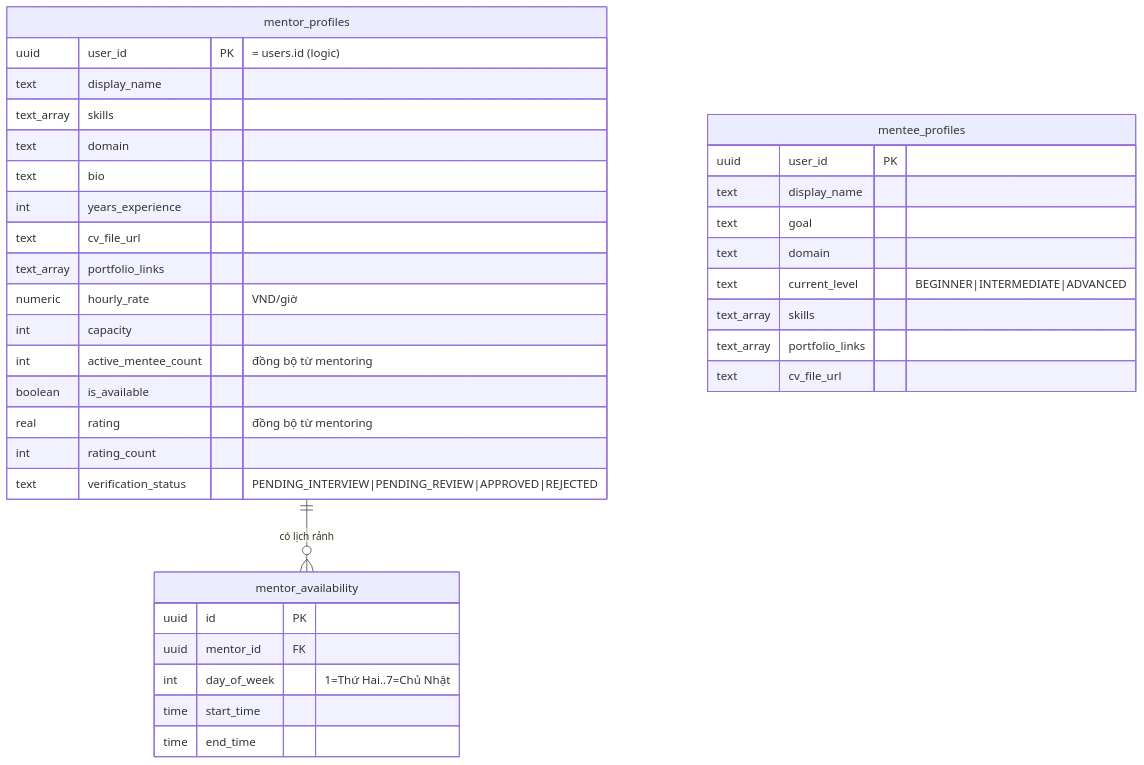
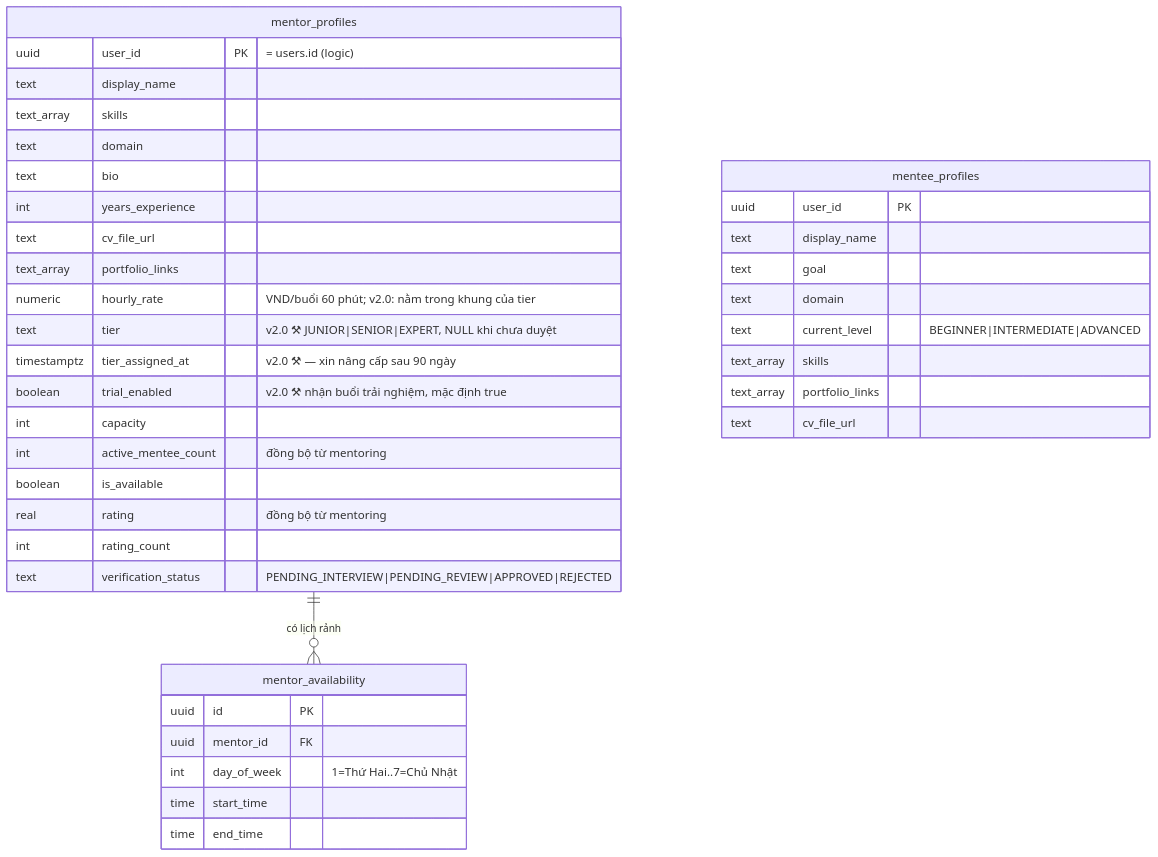
The second of 8 diagrams in docs/database-design.md (quangpham10212004/do_an_2026), drawn with Mermaid before and after one commit. The commit also changed other lines of this file and 8 other files, not shown here.

First line of the commit message:
docs: bản chốt nghiệp vụ v2.0 (ví VND, cấp độ + khung giá, buổi trải nghiệm, phòng học, huỷ 3 bậc, referral theo mentor)

````diff
--- a/docs/database-design.md
+++ b/docs/database-design.md
@@ -61,38 +64,41 @@
 ```mermaid
 erDiagram
     mentor_profiles ||--o{ mentor_availability : "có lịch rảnh"
     mentor_profiles {
         uuid user_id PK "= users.id (logic)"
         text display_name
         text_array skills
         text domain
         text bio
         int years_experience
         text cv_file_url
         text_array portfolio_links
-        numeric hourly_rate "VND/giờ"
+        numeric hourly_rate "VND/buổi 60 phút; v2.0: nằm trong khung của tier"
+        text tier "v2.0 ⚒ JUNIOR|SENIOR|EXPERT, NULL khi chưa duyệt"
+        timestamptz tier_assigned_at "v2.0 ⚒ — xin nâng cấp sau 90 ngày"
+        boolean trial_enabled "v2.0 ⚒ nhận buổi trải nghiệm, mặc định true"
         int capacity
         int active_mentee_count "đồng bộ từ mentoring"
         boolean is_available
         real rating "đồng bộ từ mentoring"
         int rating_count
         text verification_status "PENDING_INTERVIEW|PENDING_REVIEW|APPROVED|REJECTED"
     }
     mentee_profiles {
         uuid user_id PK
         text display_name
         text goal
         text domain
         text current_level "BEGINNER|INTERMEDIATE|ADVANCED"
         text_array skills
         text_array portfolio_links
         text cv_file_url
     }
     mentor_availability {
         uuid id PK
         uuid mentor_id FK
         int day_of_week "1=Thứ Hai..7=Chủ Nhật"
         time start_time
         time end_time
     }
 ```
````
